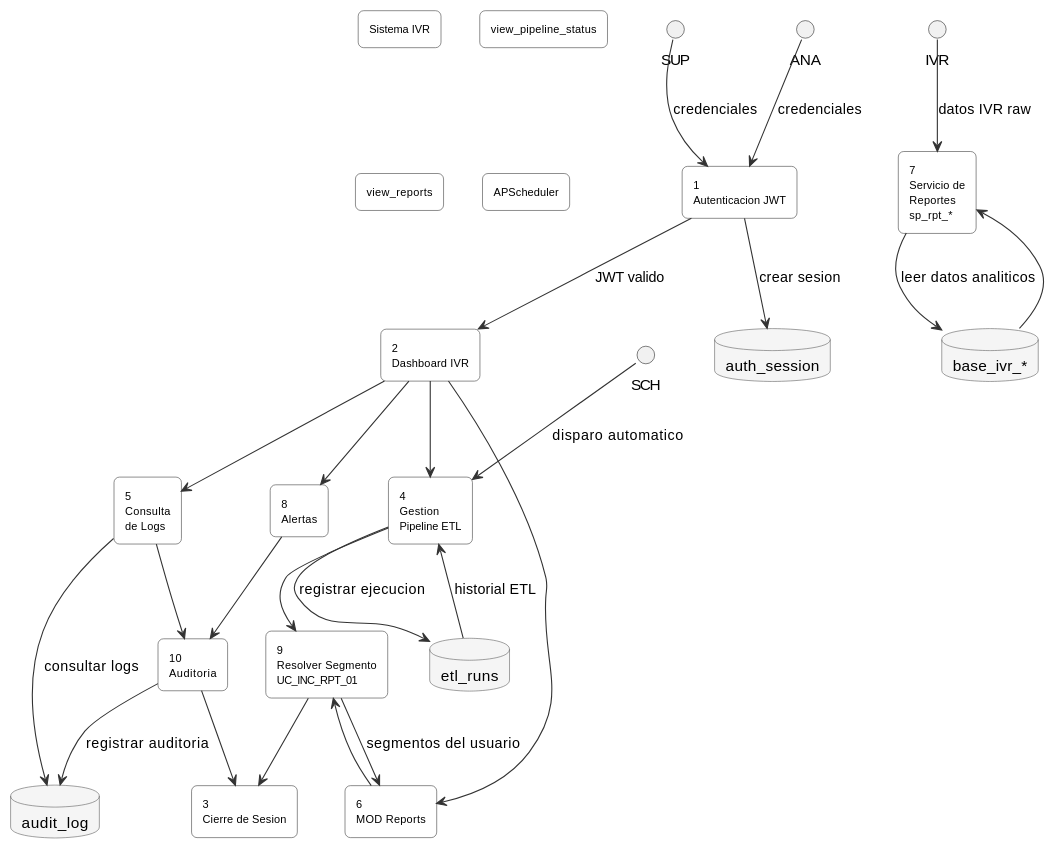
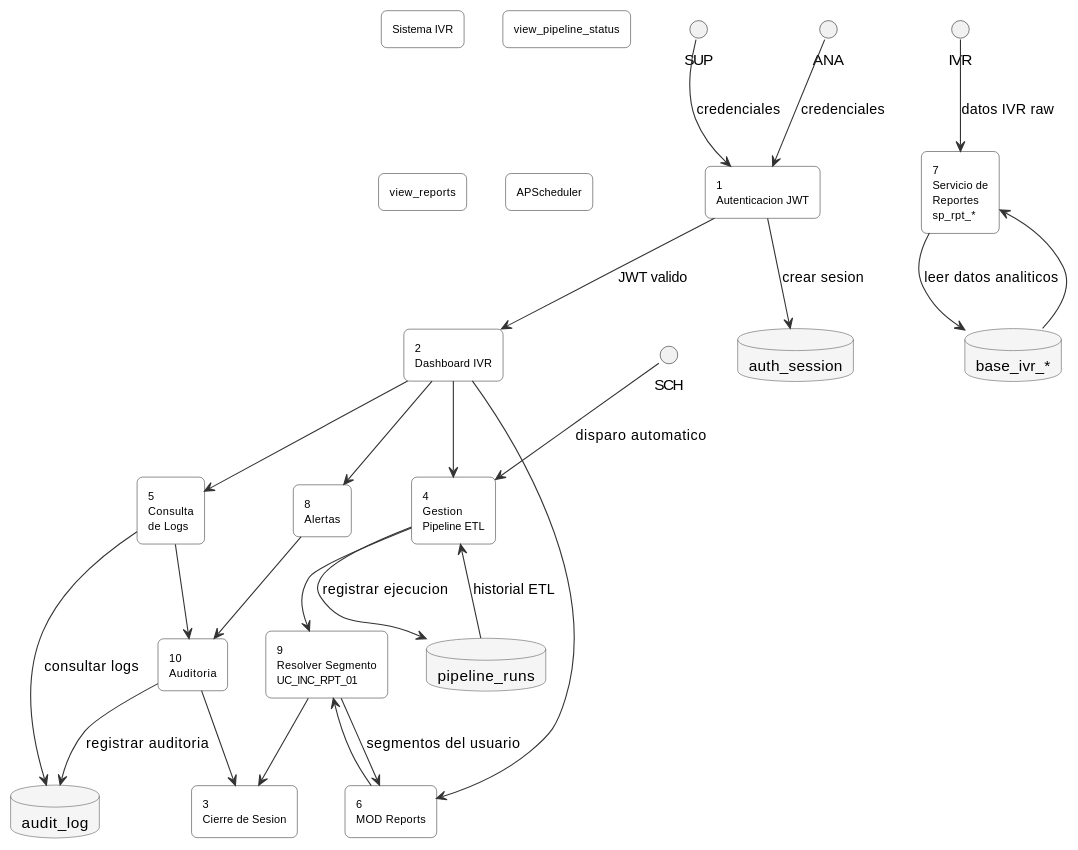
One commit to jcg-admin/IACT-docs changed the diagram in source/arquitectura-tecnica/arquitectura-sistema/dfd-nivel-1-subprocesos.rst. Above: the diagram before and after it, drawn with PlantUML. The commit also changed other lines of this file and 96 other files, not shown here.

First line of the commit message:
Apply CNST-033: rename ETL→Pipeline in domain-model + sweep refs

```diff
--- a/source/arquitectura-tecnica/arquitectura-sistema/dfd-nivel-1-subprocesos.rst
+++ b/source/arquitectura-tecnica/arquitectura-sistema/dfd-nivel-1-subprocesos.rst
@@ -27,69 +27,69 @@
 .. uml::
  :caption: Figura 3 — DFD Nivel 1: descomposicion de sub-procesos
 
  @startuml
  skinparam rectangle {
    RoundCorner 10
    BackgroundColor white
    BorderColor #333333
    FontSize 10
  }
  skinparam database {
    BackgroundColor #f5f5f5
    BorderColor #555555
  }
  skinparam arrowColor #333333
 
  rectangle "Sistema IVR" as SistemaIVR
  rectangle "view_pipeline_status" as SupervisorSistema
  rectangle "view_reports" as AnalistaReportes
  rectangle "APScheduler" as DisparadorScheduler
 
  rectangle "1\nAutenticacion JWT" as PASO_AUTENTICACION
  rectangle "2\nDashboard IVR" as DASHBOARD_IVR
  rectangle "3\nCierre de Sesion" as CIERRE_SESION
  rectangle "4\nGestion\nPipeline ETL" as GESTION_PIPELINE_ETL
  rectangle "5\nConsulta\nde Logs" as CONSULTA_LOGS
  rectangle "6\nMOD Reports" as MODULO_REPORTES
  rectangle "7\nServicio de\nReportes\nsp_rpt_*" as BASE_ANALITICA_IVR
  rectangle "8\nAlertas" as ALERTAS_NOTIFICACIONES
  rectangle "9\nResolver Segmento\nUC_INC_RPT_01" as RESOLVER_SEGMENTO
  rectangle "10\nAuditoria" as AUDITORIA_ACCESO
 
- database "etl_runs" as TABLA_ETL_RUNS
+ database "pipeline_runs" as TABLA_ETL_RUNS
  database "base_ivr_*" as BASE_IVR_ANALITICA
  database "audit_log" as TABLA_AUDIT_LOG
  database "auth_session" as TABLA_AUTH_SESSION
 
  IVR --> BASE_ANALITICA_IVR : datos IVR raw
  SUP --> PASO_AUTENTICACION : credenciales
  ANA --> PASO_AUTENTICACION : credenciales
  SCH --> GESTION_PIPELINE_ETL : disparo automatico
 
  PASO_AUTENTICACION --> TABLA_AUTH_SESSION : crear sesion
  PASO_AUTENTICACION --> DASHBOARD_IVR : JWT valido
 
  DASHBOARD_IVR --> GESTION_PIPELINE_ETL
  DASHBOARD_IVR --> CONSULTA_LOGS
  DASHBOARD_IVR --> MODULO_REPORTES
  DASHBOARD_IVR --> ALERTAS_NOTIFICACIONES
 
  GESTION_PIPELINE_ETL --> TABLA_ETL_RUNS : registrar ejecucion
  GESTION_PIPELINE_ETL --> RESOLVER_SEGMENTO
 
  BASE_ANALITICA_IVR --> BASE_IVR_ANALITICA : leer datos analiticos
  BASE_IVR_ANALITICA --> BASE_ANALITICA_IVR
 
  MODULO_REPORTES --> RESOLVER_SEGMENTO
  RESOLVER_SEGMENTO --> MODULO_REPORTES : segmentos del usuario
 
  TABLA_ETL_RUNS --> GESTION_PIPELINE_ETL : historial ETL
  CONSULTA_LOGS --> TABLA_AUDIT_LOG : consultar logs
 
  ALERTAS_NOTIFICACIONES --> AUDITORIA_ACCESO
  CONSULTA_LOGS --> AUDITORIA_ACCESO
  AUDITORIA_ACCESO --> TABLA_AUDIT_LOG : registrar auditoria
  RESOLVER_SEGMENTO --> CIERRE_SESION
  AUDITORIA_ACCESO --> CIERRE_SESION
 
  @enduml
```
